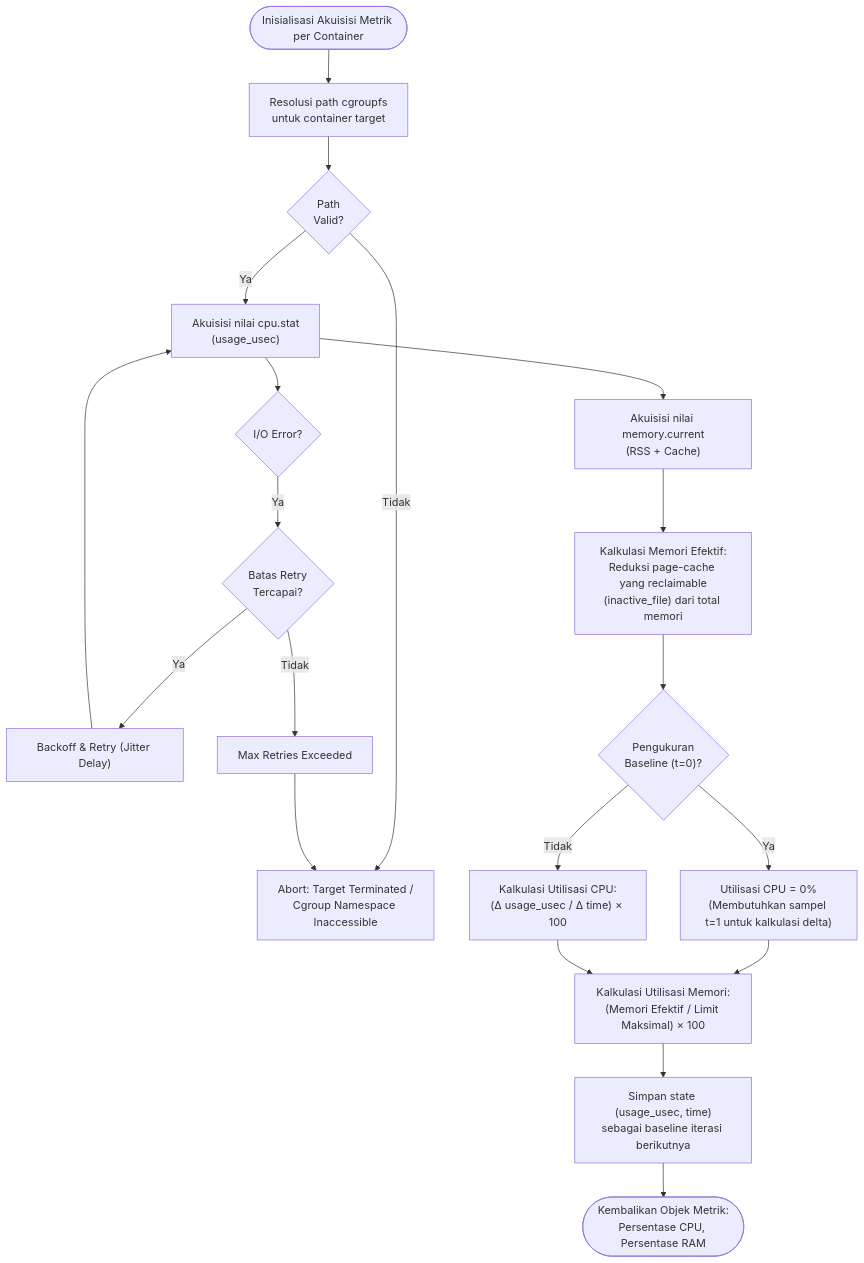
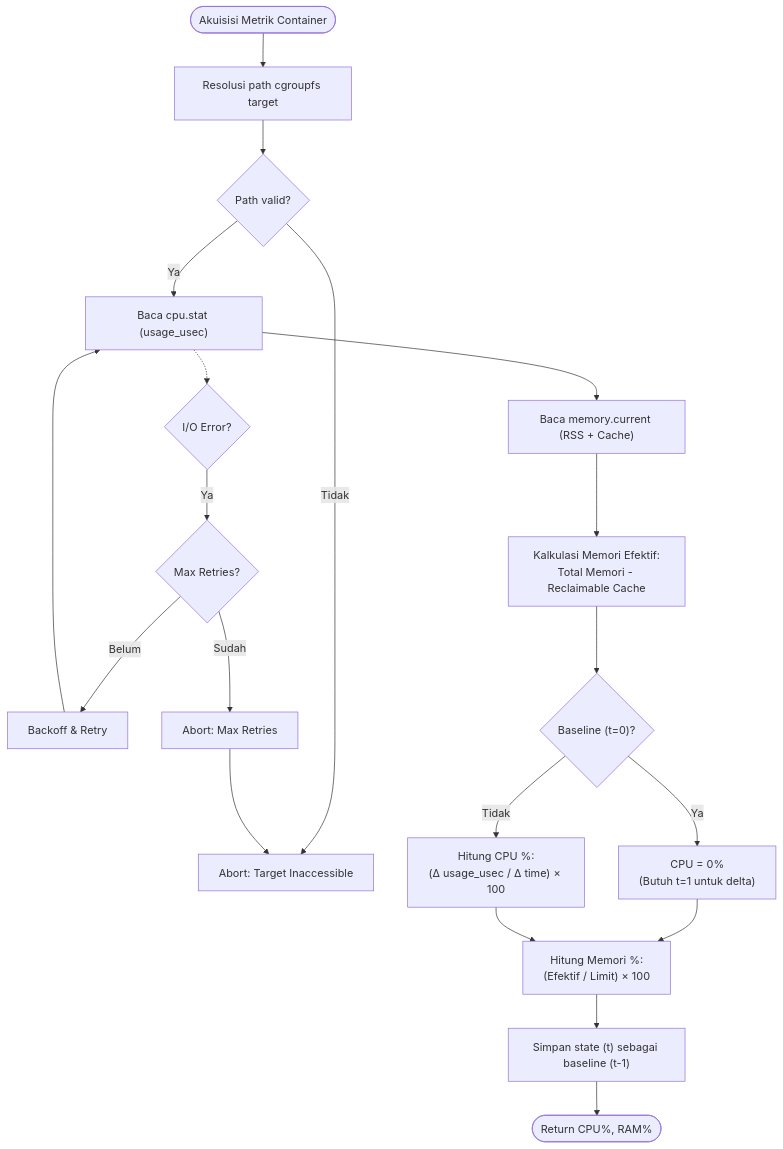
Before and after one commit to fauzanreza/green-container-framework: the second of 3 diagrams in architecture-diagrams/layer-2-monitor/01_monitor_get_stats.md, drawn with Mermaid. The commit also changed other lines of this file and 13 other files, not shown here.

Commit message:
edit fitur, menambahkan Architecture Diagram

````diff
--- a/architecture-diagrams/layer-2-monitor/01_monitor_get_stats.md
+++ b/architecture-diagrams/layer-2-monitor/01_monitor_get_stats.md
@@ -103,47 +79,47 @@
 ```mermaid
 flowchart TD
-    START(["Inisialisasi Akuisisi Metrik per Container"])
+    START(["Akuisisi Metrik Container"])
 
-    CARI["Resolusi path cgroupfs<br/>untuk container target"]
-    KETEMU{"Path<br/>Valid?"}
-    TIDAK_BISA["Abort: Target Terminated /<br/>Cgroup Namespace Inaccessible"]
+    CARI["Resolusi path cgroupfs target"]
+    KETEMU{"Path valid?"}
+    TIDAK_BISA["Abort: Target Inaccessible"]
 
-    BACA_CPU["Akuisisi nilai cpu.stat<br/>(usage_usec)"]
-    BACA_RAM["Akuisisi nilai memory.current<br/>(RSS + Cache)"]
-    KURANGI["Kalkulasi Memori Efektif:<br/>Reduksi page-cache yang reclaimable<br/>(inactive_file) dari total memori"]
+    BACA_CPU["Baca cpu.stat (usage_usec)"]
+    BACA_RAM["Baca memory.current (RSS + Cache)"]
+    KURANGI["Kalkulasi Memori Efektif:<br/>Total Memori - Reclaimable Cache"]
 
     GAGAL{"I/O Error?"}
-    COBA_LAGI{"Batas Retry<br/>Tercapai?"}
-    TUNGGU["Backoff & Retry (Jitter Delay)"]
-    SEMUA_GAGAL["Max Retries Exceeded"]
+    COBA_LAGI{"Max Retries?"}
+    TUNGGU["Backoff & Retry"]
+    SEMUA_GAGAL["Abort: Max Retries"]
 
-    PERTAMA{"Pengukuran<br/>Baseline (t=0)?"}
-    NOL["Utilisasi CPU = 0%<br/>(Membutuhkan sampel t=1 untuk kalkulasi delta)"]
-    HITUNG["Kalkulasi Utilisasi CPU:<br/>(Δ usage_usec / Δ time) × 100"]
-    HITUNG_RAM["Kalkulasi Utilisasi Memori:<br/>(Memori Efektif / Limit Maksimal) × 100"]
+    PERTAMA{"Baseline (t=0)?"}
+    NOL["CPU = 0%<br/>(Butuh t=1 untuk delta)"]
+    HITUNG["Hitung CPU %:<br/>(Δ usage_usec / Δ time) × 100"]
+    HITUNG_RAM["Hitung Memori %:<br/>(Efektif / Limit) × 100"]
 
-    SIMPAN["Simpan state (usage_usec, time)<br/>sebagai baseline iterasi berikutnya"]
-    HASIL(["Kembalikan Objek Metrik:<br/>Persentase CPU, Persentase RAM"])
+    SIMPAN["Simpan state (t) sebagai baseline (t-1)"]
+    HASIL(["Return CPU%, RAM%"])
 
     START --> CARI
     CARI --> KETEMU
     KETEMU -->|Tidak| TIDAK_BISA
     KETEMU -->|Ya| BACA_CPU
     BACA_CPU --> BACA_RAM
     BACA_RAM --> KURANGI
 
-    BACA_CPU --> GAGAL
+    BACA_CPU -.-> GAGAL
     GAGAL -->|Ya| COBA_LAGI
-    COBA_LAGI -->|Ya| TUNGGU
+    COBA_LAGI -->|"Belum"| TUNGGU
     TUNGGU --> BACA_CPU
-    COBA_LAGI -->|Tidak| SEMUA_GAGAL
+    COBA_LAGI -->|"Sudah"| SEMUA_GAGAL
     SEMUA_GAGAL --> TIDAK_BISA
 
     KURANGI --> PERTAMA
     PERTAMA -->|Ya| NOL
     PERTAMA -->|Tidak| HITUNG
     NOL --> HITUNG_RAM
     HITUNG --> HITUNG_RAM
     HITUNG_RAM --> SIMPAN
     SIMPAN --> HASIL
 ```
````
